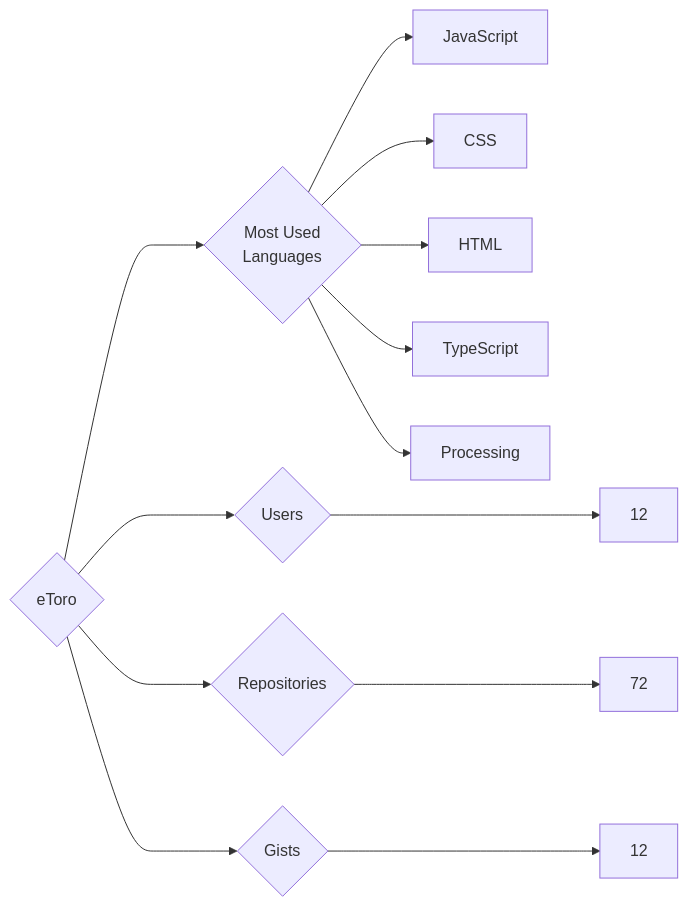
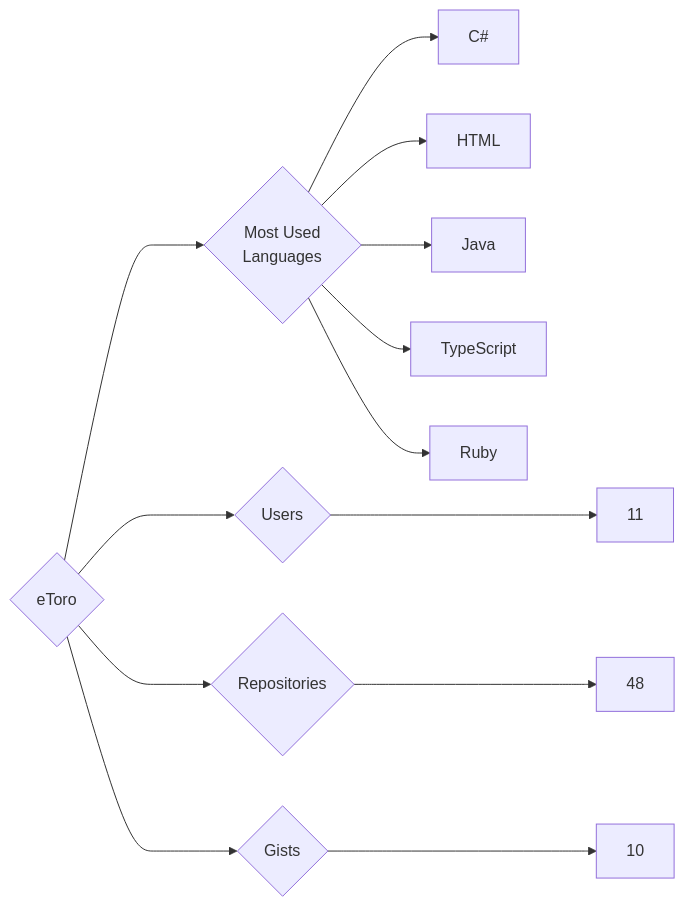
The diagram in targets/eToro/README.md (trickest/insiders), drawn with Mermaid before and after one commit. The commit also changed 714 other files, not shown here.

````diff
--- a/targets/eToro/README.md
+++ b/targets/eToro/README.md
@@ -3,13 +3,13 @@
 ```mermaid
 graph LR
 COMPANY_NAME{eToro}
-COMPANY_NAME ---> U{Users} ---> UN[12]
-COMPANY_NAME ---> R{Repositories} ---> RN[72]
-COMPANY_NAME ---> G{Gists} ---> GN[12]
+COMPANY_NAME ---> U{Users} ---> UN[11]
+COMPANY_NAME ---> R{Repositories} ---> RN[48]
+COMPANY_NAME ---> G{Gists} ---> GN[10]
 COMPANY_NAME ---> ML{Most Used<br>Languages}
-ML --> JavaScript[JavaScript]
-ML --> CSS[CSS]
+ML --> C#[C#]
 ML --> HTML[HTML]
+ML --> Java[Java]
 ML --> TypeScript[TypeScript]
-ML --> Processing[Processing]
+ML --> Ruby[Ruby]
 ```
````
